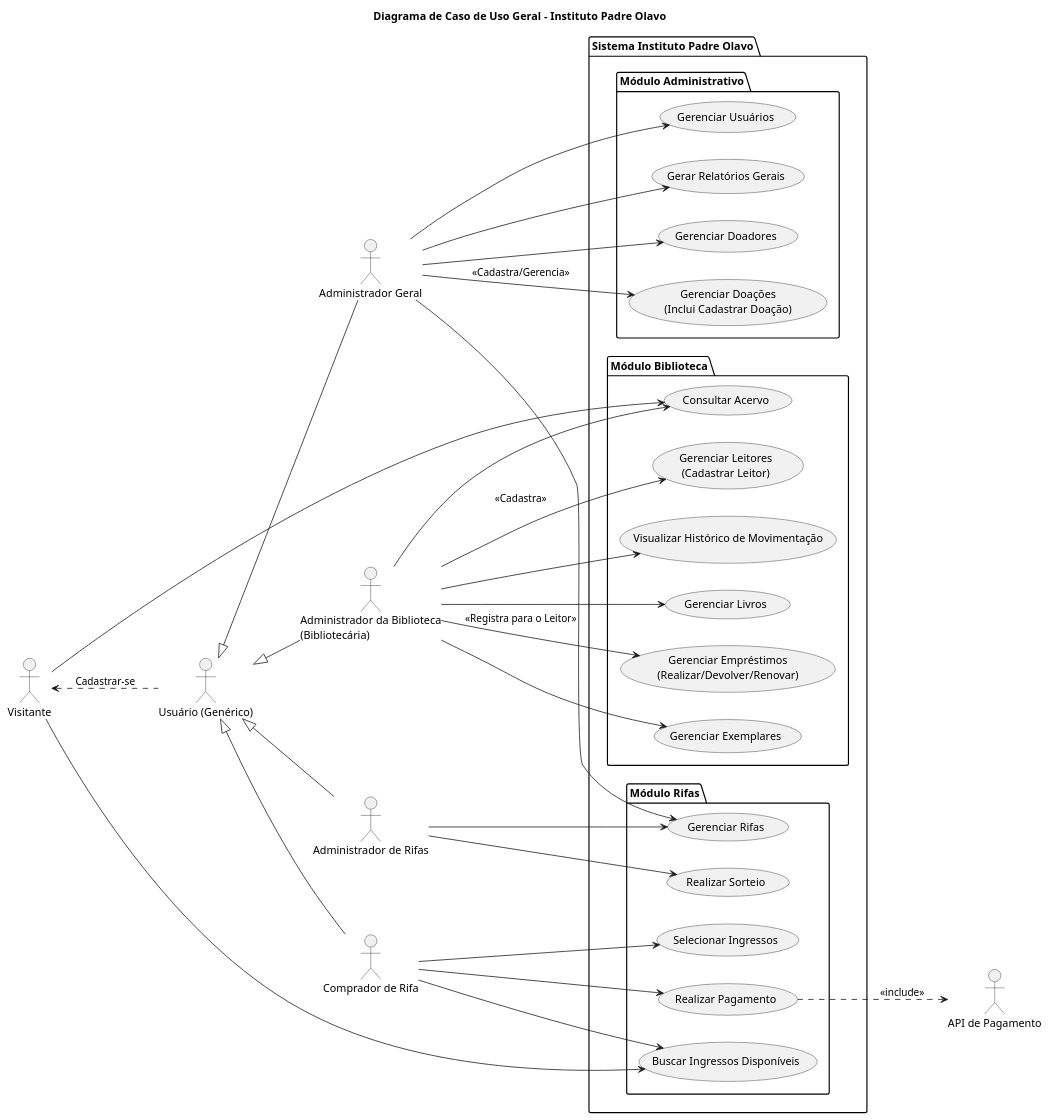
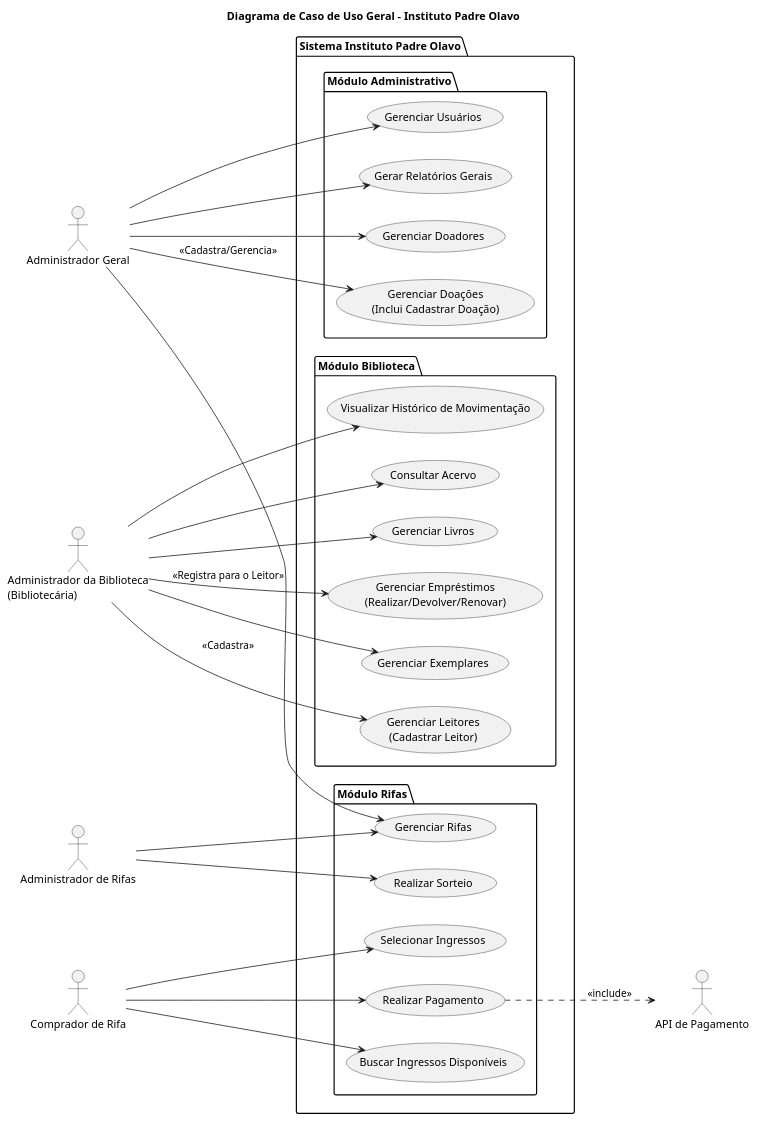
The diagram in diagramas/casos-de-uso/uc-geral.puml (bacelete/documentacao-projeto-ipo), drawn with PlantUML before and after one commit.

Commit message:
fix: ajustando documentacao caso de uso

```diff
--- a/diagramas/casos-de-uso/uc-geral.puml
+++ b/diagramas/casos-de-uso/uc-geral.puml
@@ -1,96 +1,79 @@
 @startuml
 left to right direction
 title Diagrama de Caso de Uso Geral - Instituto Padre Olavo
 
 ' --- Atores do Sistema ---
-actor "Usuário (Genérico)" as User
 actor "Administrador Geral" as Admin
 actor "Administrador da Biblioteca\n(Bibliotecária)" as BibliotecaAdmin
 actor "Administrador de Rifas" as RifaAdmin
 actor "Comprador de Rifa" as RifaComprador
-actor "Visitante" as Visitante
 
 ' --- Atores Externos (Sistemas) ---
 actor "API de Pagamento" as PagamentoAPI
-
-' --- Heranças ---
-User <|-- Admin
-User <|-- BibliotecaAdmin
-User <|-- RifaAdmin
-User <|-- RifaComprador
-
-' Visitante pode se cadastrar para virar um Comprador/Usuário
-Visitante <.. User : Cadastrar-se
 
 package "Sistema Instituto Padre Olavo" {
 
     ' --- Módulo Administração Geral ---
     package "Módulo Administrativo" {
         usecase "Gerenciar Usuários" as UC_GerenciarUsers
         usecase "Gerar Relatórios Gerais" as UC_Relatorios
         
         ' Admin cadastra e gerencia doadores e doações
         usecase "Gerenciar Doadores" as UC_GerenciarDoadores
         usecase "Gerenciar Doações\n(Inclui Cadastrar Doação)" as UC_GerenciarDoacoes
     }
 
     ' --- Módulo Biblioteca ---
     package "Módulo Biblioteca" {
-        ' Bibliotecária gerencia tudo, o leitor não interage diretamente
+        ' Bibliotecária gerencia todo o fluxo
         usecase "Gerenciar Livros" as UC_GerenciarLivros
         usecase "Gerenciar Empréstimos\n(Realizar/Devolver/Renovar)" as UC_GerenciarEmprestimos
         usecase "Gerenciar Exemplares" as UC_GerenciarExemplares
         usecase "Gerenciar Leitores\n(Cadastrar Leitor)" as UC_GerenciarLeitores
         usecase "Visualizar Histórico de Movimentação" as UC_HistoricoMov
-        
-        ' Consulta pública (opcional para visitantes)
         usecase "Consultar Acervo" as UC_ConsultarAcervo
     }
 
     ' --- Módulo Rifas ---
     package "Módulo Rifas" {
         ' Admin de Rifas
         usecase "Gerenciar Rifas" as UC_GerenciarRifas
         usecase "Realizar Sorteio" as UC_SortearRifa
         
         ' Comprador (Usuário final ativo)
         usecase "Buscar Ingressos Disponíveis" as UC_BuscarIngressos
         usecase "Selecionar Ingressos" as UC_SelecionarIngressos
         usecase "Realizar Pagamento" as UC_PagarRifa
     }
 }
 
 ' --- Relacionamentos ---
-
-' Visitante
-Visitante --> UC_ConsultarAcervo
-Visitante --> UC_BuscarIngressos
 
 ' Administrador Geral
 Admin --> UC_GerenciarUsers
 Admin --> UC_Relatorios
 Admin --> UC_GerenciarDoacoes : <<Cadastra/Gerencia>>
 Admin --> UC_GerenciarDoadores
 Admin --> UC_GerenciarRifas
 
 ' Bibliotecária
 BibliotecaAdmin --> UC_GerenciarLivros
 BibliotecaAdmin --> UC_GerenciarEmprestimos : <<Registra para o Leitor>>
 BibliotecaAdmin --> UC_GerenciarExemplares
 BibliotecaAdmin --> UC_GerenciarLeitores : <<Cadastra>>
 BibliotecaAdmin --> UC_HistoricoMov
 BibliotecaAdmin --> UC_ConsultarAcervo
 
 ' Administrador de Rifas
 RifaAdmin --> UC_GerenciarRifas
 RifaAdmin --> UC_SortearRifa
 
 ' Comprador de Rifa
 RifaComprador --> UC_BuscarIngressos
 RifaComprador --> UC_SelecionarIngressos
 RifaComprador --> UC_PagarRifa
 
 ' Integrações
 UC_PagarRifa ..> PagamentoAPI : <<include>>
 
 @enduml
```
